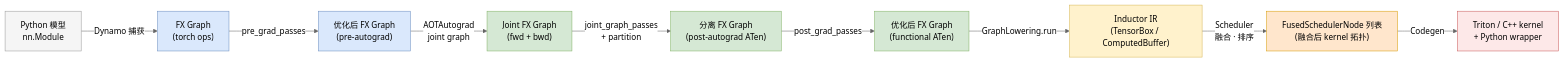
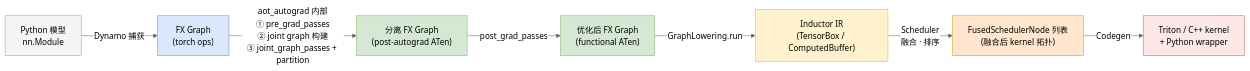
One commit to chz34/chz34.github.io changed the ninth of 9 diagrams in _posts/2026-04-22-inductor_pipeline_blog.md. Above: the diagram before and after it, drawn with Mermaid (neutral theme). The commit also changed other lines of this file and 1 other file, not shown here.

Commit message:
Add front matter and enable Mermaid rendering for inductor pipeline post

````diff
--- a/_posts/2026-04-22-inductor_pipeline_blog.md
+++ b/_posts/2026-04-22-inductor_pipeline_blog.md
@@ -777,21 +810,17 @@
 ```mermaid
 flowchart LR
     A["Python 模型\nnn.Module"] -->|Dynamo 捕获| B["FX Graph\n(torch ops)"]
-    B -->|pre_grad_passes| C["优化后 FX Graph\n(pre-autograd)"]
-    C -->|AOTAutograd\njoint graph| D["Joint FX Graph\n(fwd + bwd)"]
-    D -->|joint_graph_passes\n+ partition| E["分离 FX Graph\n(post-autograd ATen)"]
+    B -->|"aot_autograd 内部\n① pre_grad_passes\n② joint graph 构建\n③ joint_graph_passes + partition"| E["分离 FX Graph\n(post-autograd ATen)"]
     E -->|post_grad_passes| F["优化后 FX Graph\n(functional ATen)"]
     F -->|GraphLowering.run| G["Inductor IR\n(TensorBox / ComputedBuffer)"]
     G -->|Scheduler\n融合 · 排序| H["FusedSchedulerNode 列表\n(融合后 kernel 拓扑)"]
     H -->|Codegen| I["Triton / C++ kernel\n + Python wrapper"]
 
     style A fill:#f5f5f5
     style B fill:#dae8fc,stroke:#6c8ebf
-    style C fill:#dae8fc,stroke:#6c8ebf
-    style D fill:#d5e8d4,stroke:#82b366
     style E fill:#d5e8d4,stroke:#82b366
     style F fill:#d5e8d4,stroke:#82b366
     style G fill:#fff2cc,stroke:#d6b656
     style H fill:#ffe6cc,stroke:#d79b00
     style I fill:#fde8e8,stroke:#c85a5a
 ```
````
